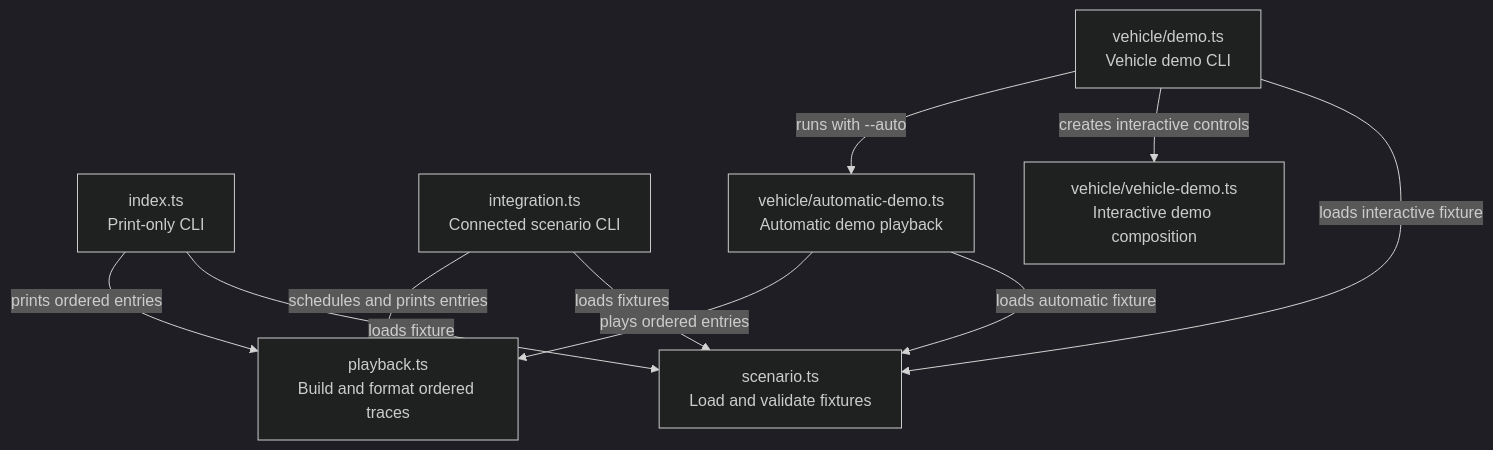
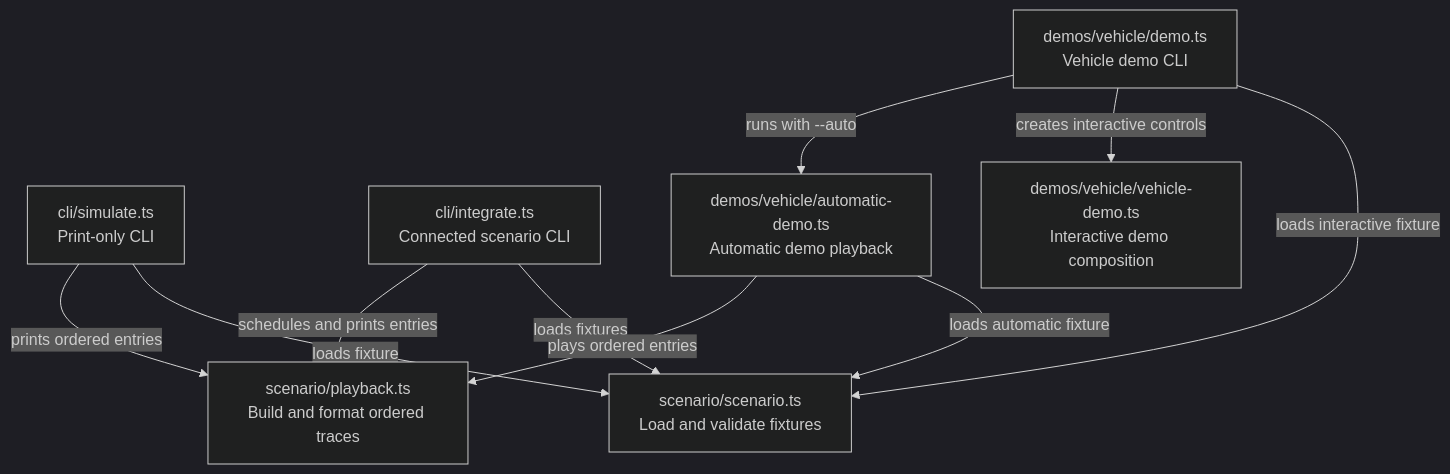
Before and after one commit to sproates/zooglass: the first of 6 diagrams in incubator/workbench/docs/source-map.md, drawn with Mermaid (dark theme). The commit also changed other lines of this file and 72 other files, not shown here.

````diff
--- a/incubator/workbench/docs/source-map.md
+++ b/incubator/workbench/docs/source-map.md
@@ -35,19 +55,19 @@
 ```mermaid
 flowchart TB
-  index["index.ts<br/>Print-only CLI"]
-  integration["integration.ts<br/>Connected scenario CLI"]
-  demo["vehicle/demo.ts<br/>Vehicle demo CLI"]
-  scenario["scenario.ts<br/>Load and validate fixtures"]
-  playback["playback.ts<br/>Build and format ordered traces"]
-  vehicle["vehicle/vehicle-demo.ts<br/>Interactive demo composition"]
-  automatic["vehicle/automatic-demo.ts<br/>Automatic demo playback"]
+  index["cli/simulate.ts<br/>Print-only CLI"]
+  integration["cli/integrate.ts<br/>Connected scenario CLI"]
+  demo["demos/vehicle/demo.ts<br/>Vehicle demo CLI"]
+  scenario["scenario/scenario.ts<br/>Load and validate fixtures"]
+  playback["scenario/playback.ts<br/>Build and format ordered traces"]
+  vehicle["demos/vehicle/vehicle-demo.ts<br/>Interactive demo composition"]
+  automatic["demos/vehicle/automatic-demo.ts<br/>Automatic demo playback"]
   index -->|loads fixture| scenario
   index -->|prints ordered entries| playback
   integration -->|loads fixtures| scenario
   integration -->|schedules and prints entries| playback
   demo -->|loads interactive fixture| scenario
   demo -->|creates interactive controls| vehicle
   demo -->|runs with --auto| automatic
   automatic -->|loads automatic fixture| scenario
   automatic -->|plays ordered entries| playback
 ```
````
